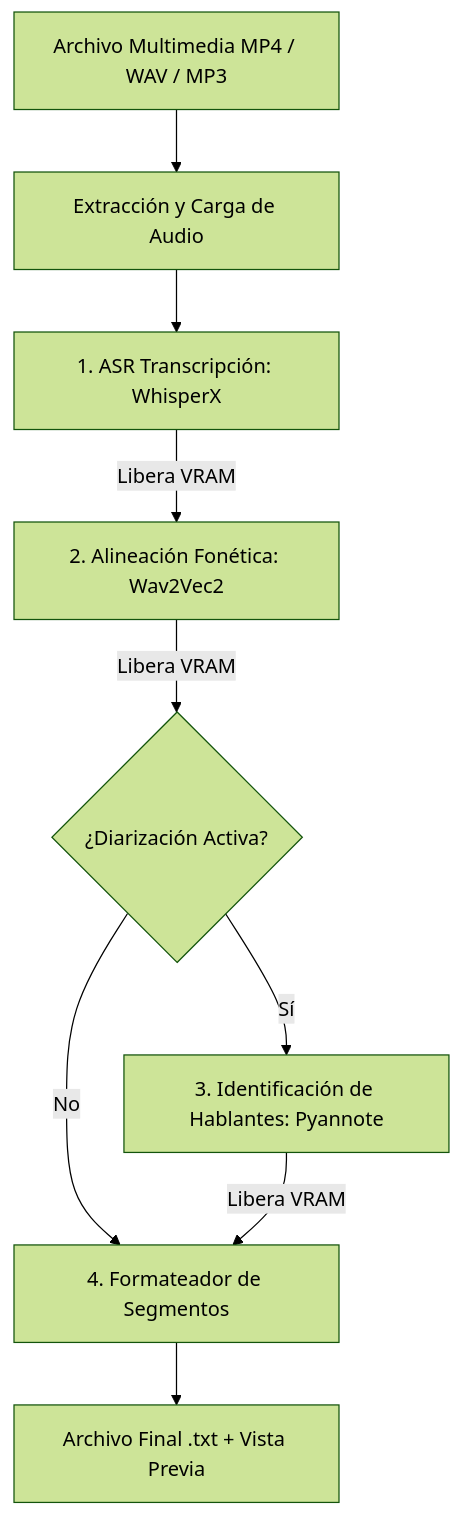
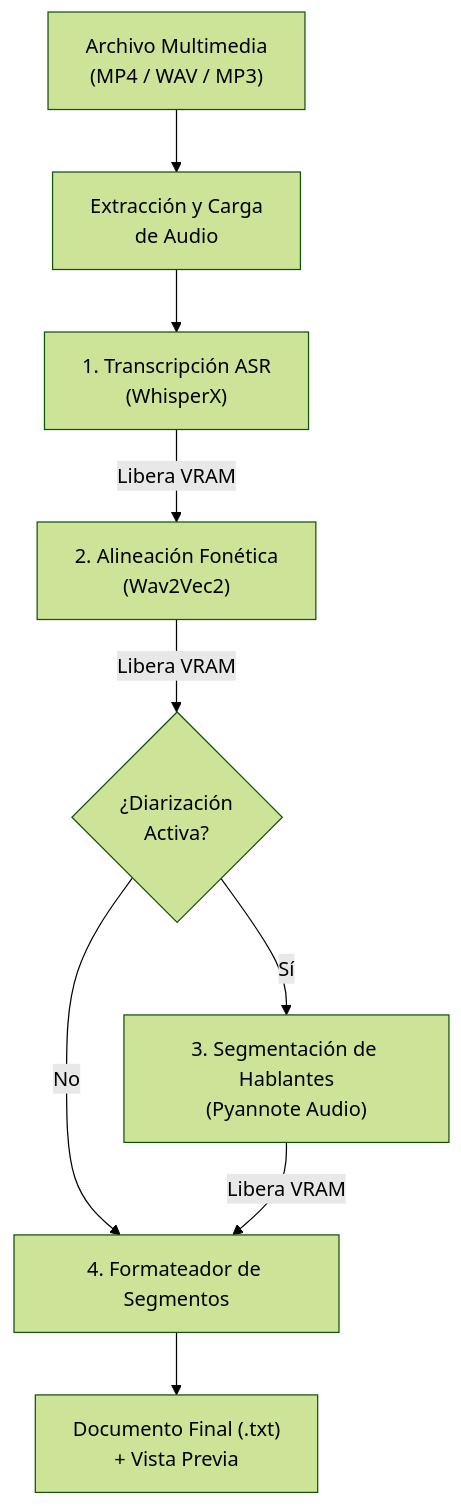
One commit to Klopezxd/whisperx-transcriptor changed the diagram in README.es.md. Above: the diagram before and after it, drawn with Mermaid (forest theme). The commit also changed 1 other file, not shown here.

Commit message:
docs: fix mermaid diagram text clipping with multi-line quoted labels

````diff
--- a/README.es.md
+++ b/README.es.md
@@ -41,11 +41,11 @@
 ```mermaid
 flowchart TD
-    A[Archivo Multimedia MP4 / WAV / MP3] --> B[Extracción y Carga de Audio]
-    B --> C[1. ASR Transcripción: WhisperX]
-    C -->|Libera VRAM| D[2. Alineación Fonética: Wav2Vec2]
-    D -->|Libera VRAM| E{¿Diarización Activa?}
-    E -->|Sí| F[3. Identificación de Hablantes: Pyannote]
-    E -->|No| G[4. Formateador de Segmentos]
+    A["Archivo Multimedia<br>(MP4 / WAV / MP3)"] --> B["Extracción y Carga<br>de Audio"]
+    B --> C["1. Transcripción ASR<br>(WhisperX)"]
+    C -->|Libera VRAM| D["2. Alineación Fonética<br>(Wav2Vec2)"]
+    D -->|Libera VRAM| E{"¿Diarización<br>Activa?"}
+    E -->|Sí| F["3. Segmentación de Hablantes<br>(Pyannote Audio)"]
+    E -->|No| G["4. Formateador de Segmentos"]
     F -->|Libera VRAM| G
-    G --> H[Archivo Final .txt + Vista Previa]
+    G --> H["Documento Final (.txt)<br>+ Vista Previa"]
 ```
````
